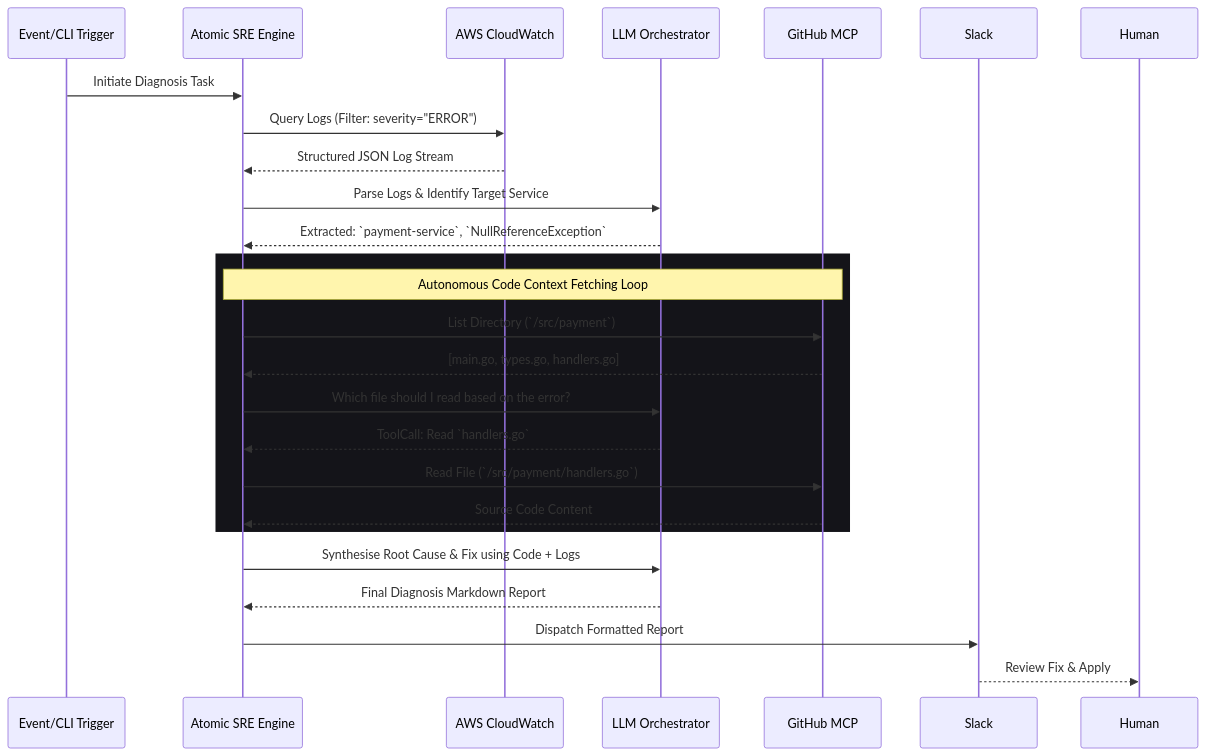
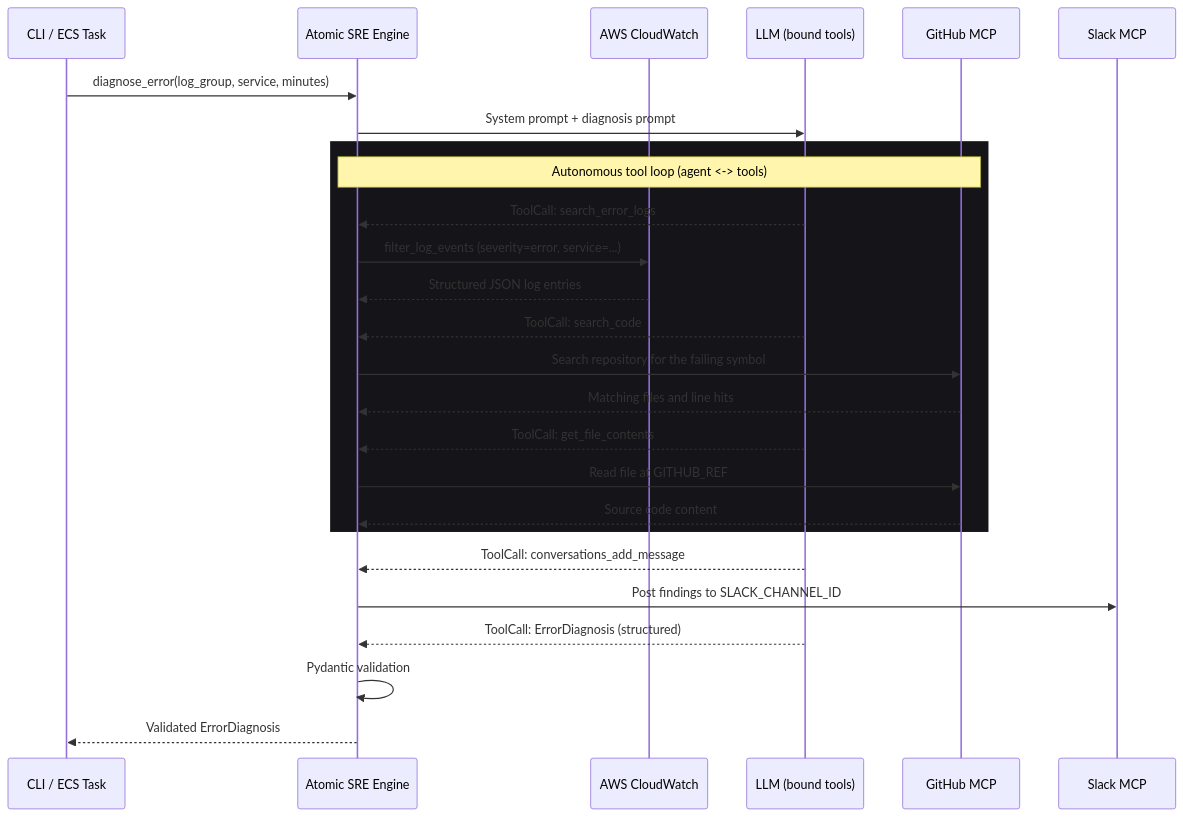
One commit to DsThakurRawat/Atomic-SRE changed the first of 2 diagrams in README.md. Above: the diagram before and after it, drawn with Mermaid. The commit also changed other lines of this file, not shown here.

````diff
--- a/README.md
+++ b/README.md
@@ -137,31 +154,31 @@
 ```mermaid
 sequenceDiagram
-    participant Trigger as Event/CLI Trigger
+    participant Trigger as CLI / ECS Task
     participant Engine as Atomic SRE Engine
     participant CW as AWS CloudWatch
-    participant LLM as LLM Orchestrator
+    participant LLM as LLM (bound tools)
     participant MCP as GitHub MCP
-    participant Slack as Slack
+    participant Slack as Slack MCP
 
-    Trigger->>Engine: Initiate Diagnosis Task
-    Engine->>CW: Query Logs (Filter: severity="ERROR")
-    CW-->>Engine: Structured JSON Log Stream
-
-    Engine->>LLM: Parse Logs & Identify Target Service
-    LLM-->>Engine: Extracted: `payment-service`, `NullReferenceException`
+    Trigger->>Engine: diagnose_error(log_group, service, minutes)
+    Engine->>LLM: System prompt + diagnosis prompt
 
     rect rgb(20, 20, 25)
-        Note over Engine,MCP: Autonomous Code Context Fetching Loop
-        Engine->>MCP: List Directory (`/src/payment`)
-        MCP-->>Engine: [main.go, types.go, handlers.go]
-        Engine->>LLM: Which file should I read based on the error?
-        LLM-->>Engine: ToolCall: Read `handlers.go`
-        Engine->>MCP: Read File (`/src/payment/handlers.go`)
-        MCP-->>Engine: Source Code Content
+        Note over Engine,MCP: Autonomous tool loop (agent <-> tools)
+        LLM-->>Engine: ToolCall: search_error_logs
+        Engine->>CW: filter_log_events (severity=error, service=...)
+        CW-->>Engine: Structured JSON log entries
+        LLM-->>Engine: ToolCall: search_code
+        Engine->>MCP: Search repository for the failing symbol
+        MCP-->>Engine: Matching files and line hits
+        LLM-->>Engine: ToolCall: get_file_contents
+        Engine->>MCP: Read file at GITHUB_REF
+        MCP-->>Engine: Source code content
     end
 
-    Engine->>LLM: Synthesise Root Cause & Fix using Code + Logs
-    LLM-->>Engine: Final Diagnosis Markdown Report
-    Engine->>Slack: Dispatch Formatted Report
-    Slack-->>Human: Review Fix & Apply
+    LLM-->>Engine: ToolCall: conversations_add_message
+    Engine->>Slack: Post findings to SLACK_CHANNEL_ID
+    LLM-->>Engine: ToolCall: ErrorDiagnosis (structured)
+    Engine->>Engine: Pydantic validation
+    Engine-->>Trigger: Validated ErrorDiagnosis
 ```
````
